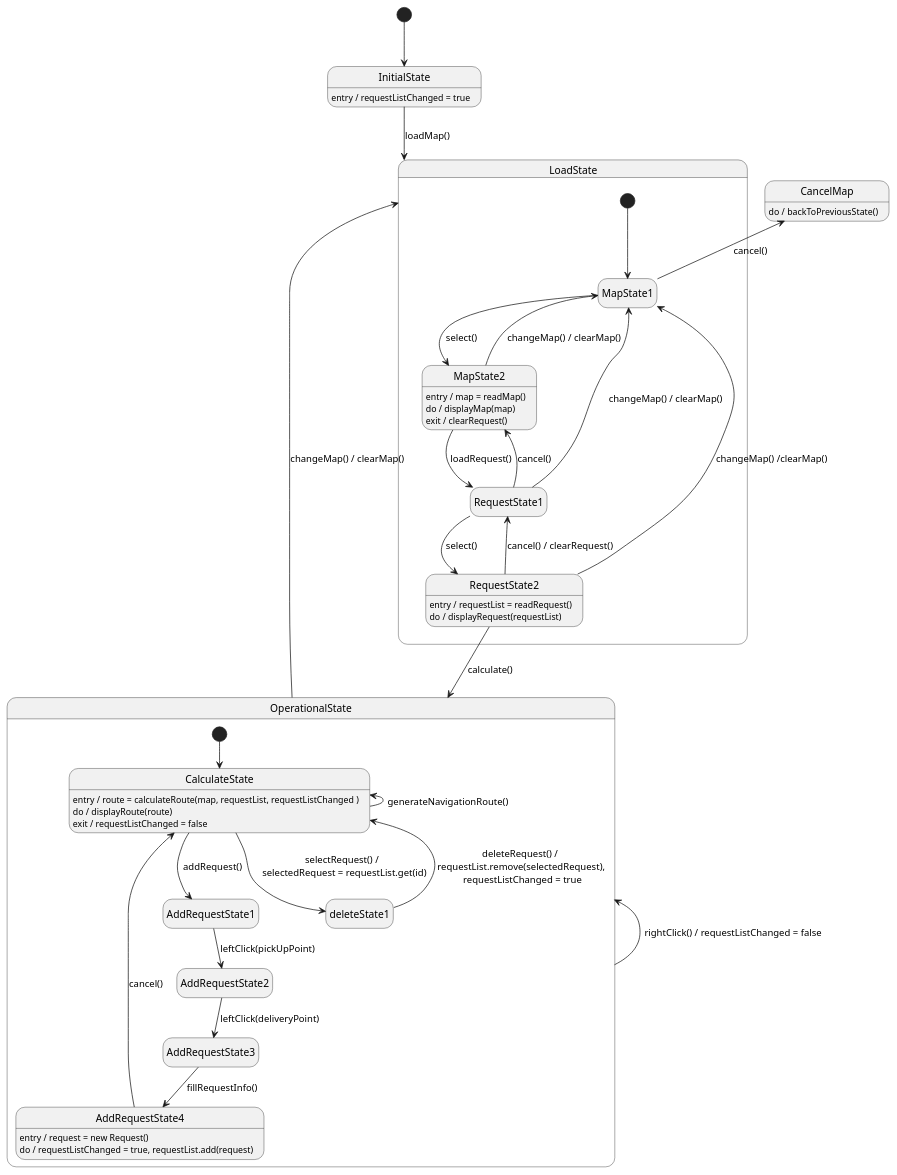
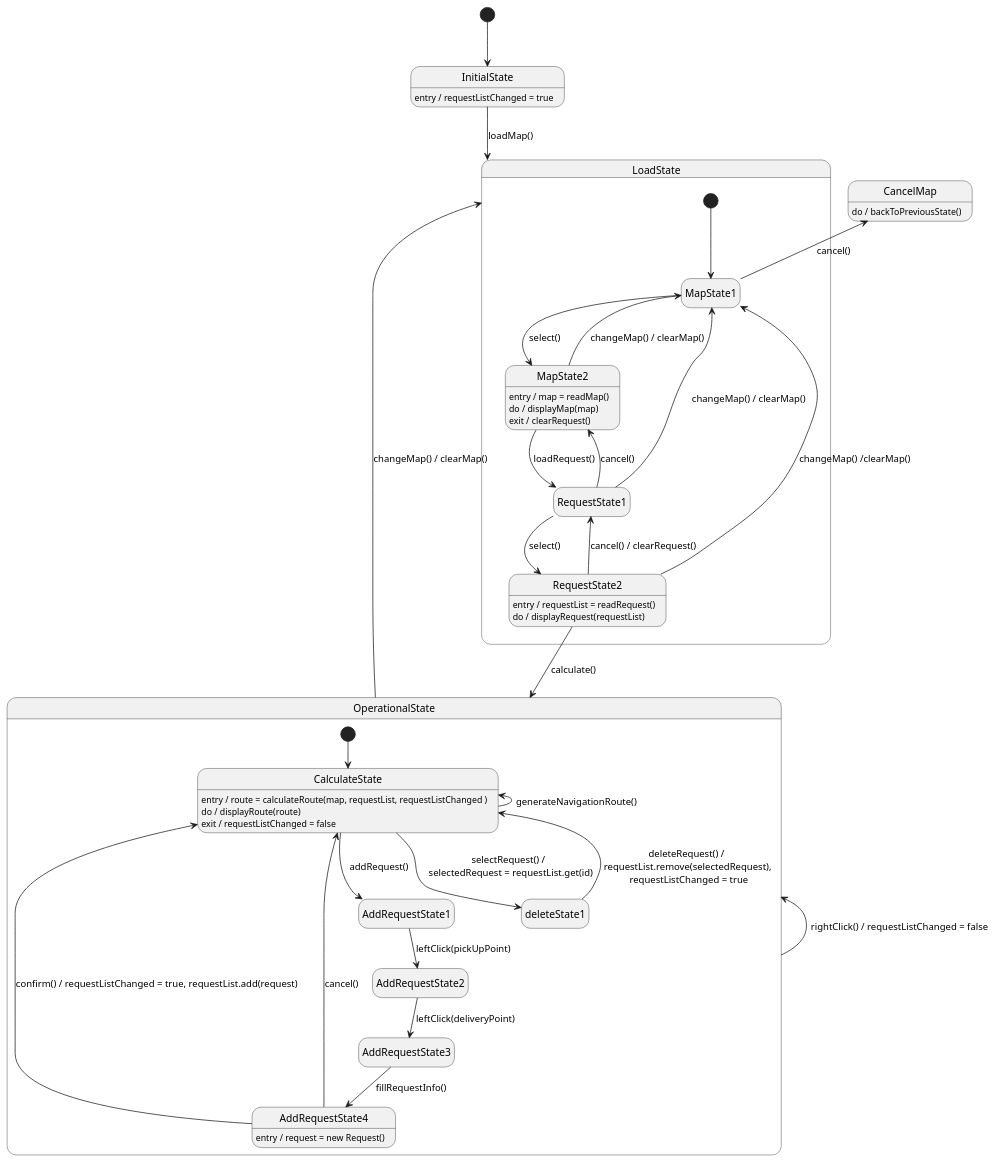
The diagram in src/documentation/StateChart.puml (Karlenkko/Agile-OnErrand), drawn with PlantUML before and after one commit.

Commit message:
docs(StateChart): fix logical bug in Operational State

```diff
--- a/src/documentation/StateChart.puml
+++ b/src/documentation/StateChart.puml
@@ -1,63 +1,63 @@
 @startuml
 hide empty description
 
 [*] -down-> InitialState
 InitialState -down-> LoadState : loadMap()
 
 InitialState : entry / requestListChanged = true
 
 state CancelMap
 CancelMap : do / backToPreviousState()
 
 state LoadState {
     [*] -down-> MapState1
 '    MapState1 : entry / isLoaded = isLoaded()
 
     MapState1 -right-> MapState2 : select()
     MapState1 -up-> CancelMap : cancel()
     MapState2 : entry / map = readMap()
 
     MapState2 : do / displayMap(map)
     MapState2 : exit / clearRequest()
 
     MapState2 -up-> MapState1 : changeMap() / clearMap()
 
     MapState2 -down-> RequestState1 : loadRequest()
     RequestState1 -down-> RequestState2 : select()
     RequestState1 -up-> MapState2 : cancel()
     RequestState2 -up-> RequestState1 : cancel() / clearRequest()
 
     RequestState1 -left-> MapState1 : changeMap() / clearMap()
     RequestState2 -left-> MapState1 : changeMap() /clearMap()
 
     RequestState2 : entry / requestList = readRequest()
     RequestState2 : do / displayRequest(requestList)
 }
 
 'CancelMap -up-> InitialState : [ !isLoaded ]
 'CancelMap -left-> MapState2 : [ isLoaded ]
 
 RequestState2 -down-> OperationalState : calculate()
 
 OperationalState -up-> OperationalState : rightClick() / requestListChanged = false
 OperationalState -up-> LoadState : changeMap() / clearMap()
 state OperationalState {
     [*] -down-> CalculateState
     CalculateState : entry / route = calculateRoute(map, requestList, requestListChanged )
     CalculateState : do / displayRoute(route)
     CalculateState : exit / requestListChanged = false
 
     CalculateState -down-> AddRequestState1 : addRequest()
     AddRequestState1 -down-> AddRequestState2 : leftClick(pickUpPoint)
     AddRequestState2 -down-> AddRequestState3 : leftClick(deliveryPoint)
     AddRequestState3 -down-> AddRequestState4 : fillRequestInfo()
     AddRequestState4 : entry / request = new Request()
-    AddRequestState4 : do / requestListChanged = true, requestList.add(request)
+    AddRequestState4 -left-> CalculateState : confirm() / requestListChanged = true, requestList.add(request)
     AddRequestState4 -left->CalculateState : cancel()
 
     CalculateState -down-> deleteState1 : selectRequest() / \n selectedRequest = requestList.get(id)
     deleteState1 -up-> CalculateState : deleteRequest() / \n requestList.remove(selectedRequest), \n requestListChanged = true
 
     CalculateState -up-> CalculateState : generateNavigationRoute()
 }
 @enduml
```
